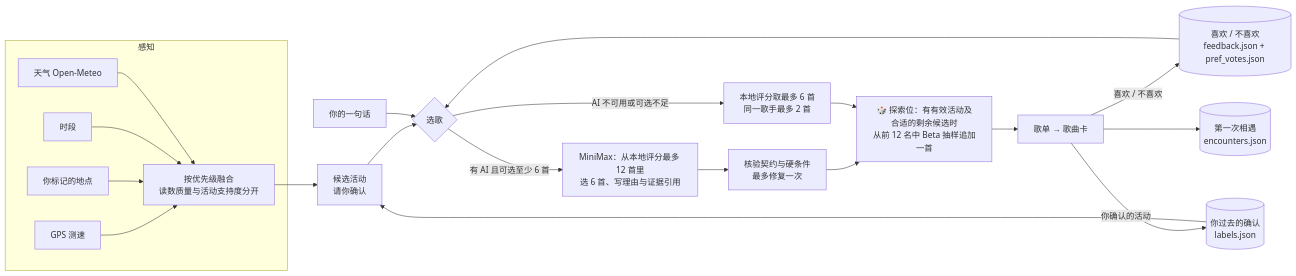
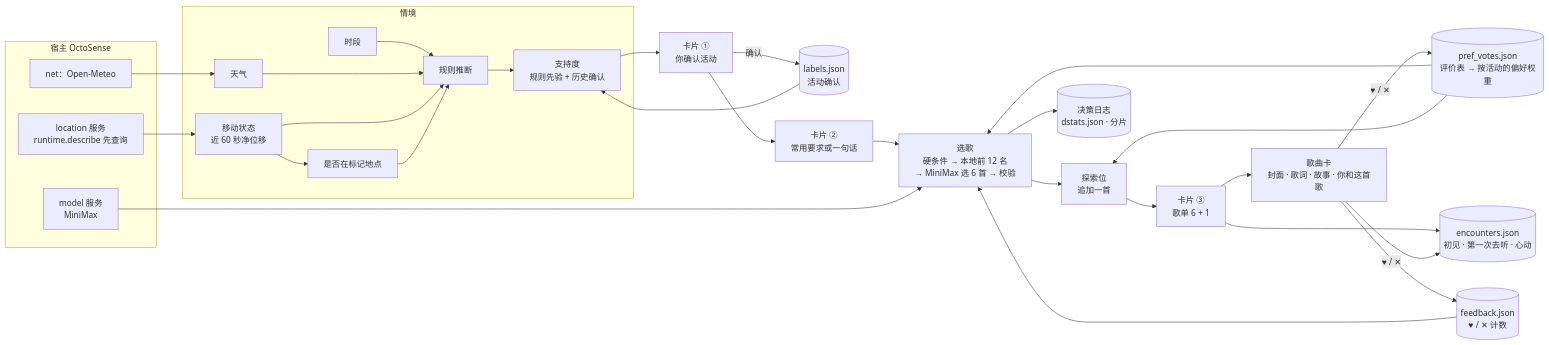
The second of 2 diagrams in README.md (peterdlick-stack/agentic-app), drawn with Mermaid before and after one commit. The commit also changed other lines of this file, not shown here.

````diff
--- a/README.md
+++ b/README.md
@@ -248,22 +287,33 @@
 ```mermaid
 flowchart LR
-  subgraph 感知
-    G[GPS 测速] --> F
-    P[你标记的地点] --> F
-    T[时段] --> F
-    W[天气 Open-Meteo] --> F
+  subgraph 宿主 OctoSense
+    HL[location 服务<br/>runtime.describe 先查询]
+    HM[model 服务<br/>MiniMax]
+    HN[net：Open-Meteo]
   end
-  L[(你过去的确认<br/>labels.json)] --> C
-  F[按优先级融合<br/>读数质量与活动支持度分开] --> C[候选活动<br/>请你确认]
-  C --> R{选歌}
-  U[你的一句话] --> R
-  B[(喜欢 / 不喜欢<br/>feedback.json + pref_votes.json)] --> R
-  R -->|有 AI 且可选至少 6 首| A[MiniMax：从本地评分最多 12 首里<br/>选 6 首、写理由与证据引用] --> V[核验契约与硬条件<br/>最多修复一次]
-  R -->|AI 不可用或可选不足| N[本地评分取最多 6 首<br/>同一歌手最多 2 首]
-  V --> X[🎲 探索位：有有效活动及合适的剩余候选时<br/>从前 12 名中 Beta 抽样追加一首]
-  N --> X
-  X --> S[歌单 → 歌曲卡]
-  S -->|喜欢 / 不喜欢| B
-  S -->|你确认的活动| L
-  S --> E[(第一次相遇<br/>encounters.json)]
+  subgraph 情境
+    T[时段] --> R
+    HN --> W[天气] --> R
+    HL --> G[移动状态<br/>近 60 秒净位移] --> R
+    G --> PL[是否在标记地点]
+    PL --> R
+    R[规则推断] --> SUP[支持度<br/>规则先验 + 历史确认]
+  end
+  LB[(labels.json<br/>活动确认)] --> SUP
+  SUP --> C1[卡片 ①<br/>你确认活动]
+  C1 -->|确认| LB
+  C1 --> C2[卡片 ②<br/>常用要求或一句话]
+  C2 --> SEL[选歌<br/>硬条件 → 本地前 12 名<br/>→ MiniMax 选 6 首 → 校验]
+  HM --> SEL
+  FB[(feedback.json<br/>♥ / ✕ 计数)] --> SEL
+  PR[(pref_votes.json<br/>评价表 → 按活动的偏好权重)] --> SEL
+  SEL --> XP[探索位<br/>追加一首]
+  PR --> XP
+  XP --> C3[卡片 ③<br/>歌单 6 + 1]
+  C3 --> SC[歌曲卡<br/>封面 · 歌词 · 故事 · 你和这首歌]
+  SC -->|♥ / ✕| FB
+  SC -->|♥ / ✕| PR
+  C3 --> EN[(encounters.json<br/>初见 · 第一次去听 · 心动)]
+  SC --> EN
+  SEL --> DL[(决策日志<br/>dstats.json · 分片)]
 ```
````
